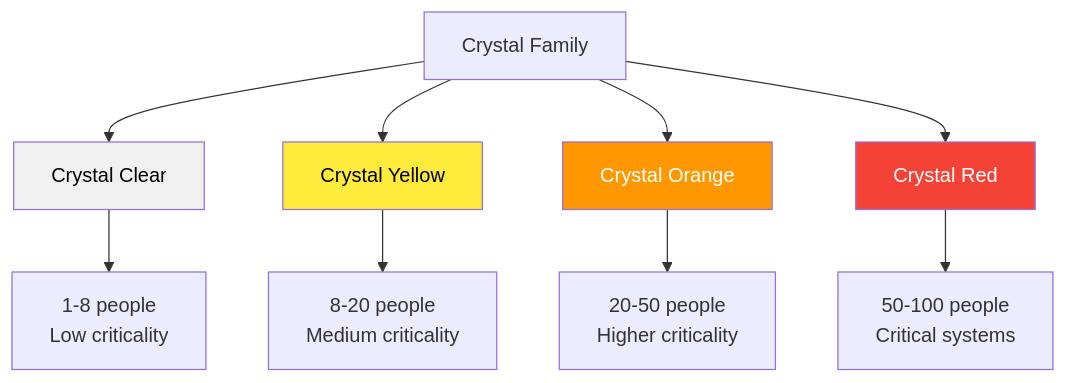
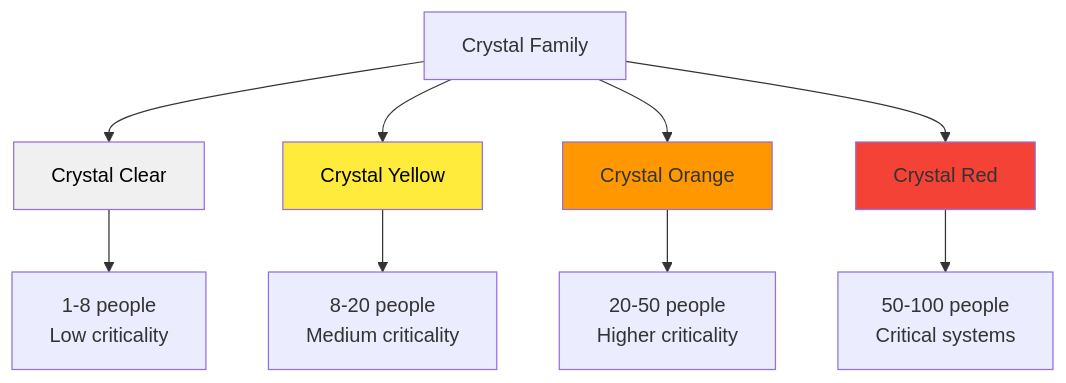
Diagram 16 of 44 in agile.md (Anuhyaaa/web-optimization), drawn with Mermaid before and after one commit. The commit also changed other lines of this file and 1 other file, not shown here.

Commit message:
Fix Mermaid diagram text visibility by removing invalid color:white syntax

````diff
--- a/agile.md
+++ b/agile.md
@@ -849,17 +849,17 @@
 ```mermaid
 graph TD
     A[Crystal Family] --> B[Crystal Clear]
     A --> C[Crystal Yellow]
     A --> D[Crystal Orange]
     A --> E[Crystal Red]
     
     B --> F["1-8 people<br/>Low criticality"]
     C --> G["8-20 people<br/>Medium criticality"]
     D --> H["20-50 people<br/>Higher criticality"]
     E --> I["50-100 people<br/>Critical systems"]
     
     style B fill:#f0f0f0,color:black
     style C fill:#ffeb3b,color:black
-    style D fill:#ff9800,color:white
-    style E fill:#f44336,color:white
+    style D fill:#ff9800
+    style E fill:#f44336
 ```
````
